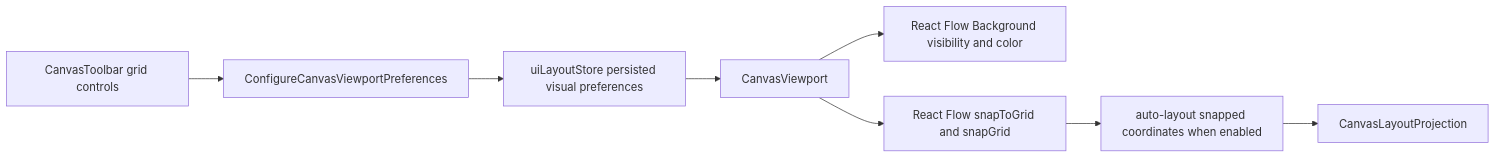
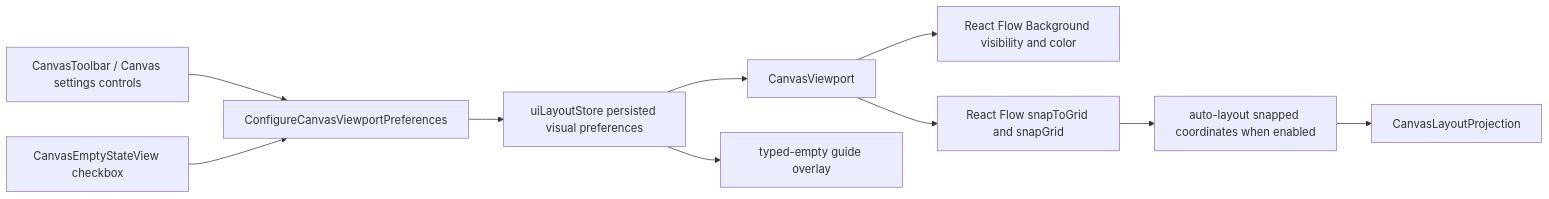
The second of 4 diagrams in docs/architecture/components/web/graph/canvas-layout-persistence-component.md (dunay2/dvt), drawn with Mermaid before and after one commit. The commit also changed other lines of this file and 56 other files, not shown here.

Commit message:
feat(web): Add canvas guide preference and front inventory

````diff
--- a/docs/architecture/components/web/graph/canvas-layout-persistence-component.md
+++ b/docs/architecture/components/web/graph/canvas-layout-persistence-component.md
@@ -141,10 +144,12 @@
 ```mermaid
 flowchart LR
-  Toolbar["CanvasToolbar grid controls"] --> Command["ConfigureCanvasViewportPreferences"]
+  Toolbar["CanvasToolbar / Canvas settings controls"] --> Command["ConfigureCanvasViewportPreferences"]
+  Guide["CanvasEmptyStateView checkbox"] --> Command
   Command --> Store["uiLayoutStore persisted visual preferences"]
   Store --> Viewport["CanvasViewport"]
+  Store --> EmptyGuide["typed-empty guide overlay"]
   Viewport --> Background["React Flow Background visibility and color"]
   Viewport --> Snap["React Flow snapToGrid and snapGrid"]
   Snap --> Layout["auto-layout snapped coordinates when enabled"]
   Layout --> Projection["CanvasLayoutProjection"]
 ```
````
